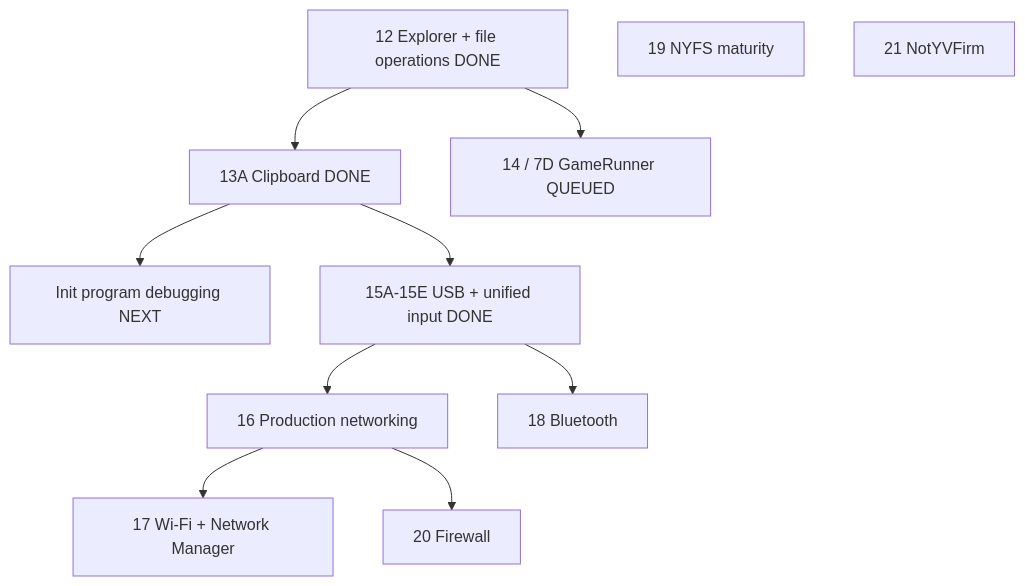
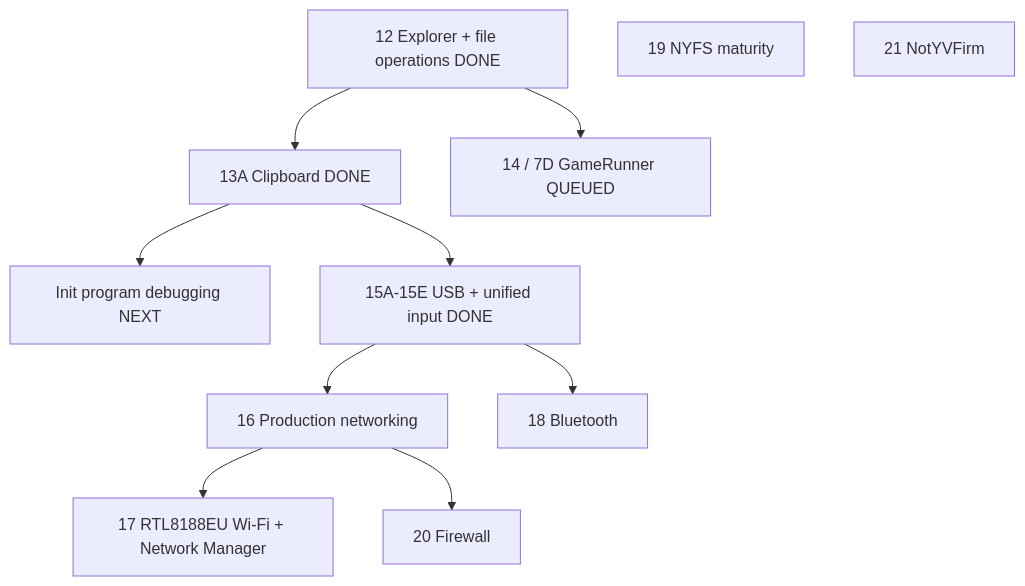
Diagram 47 of 48 in docs/data flow.md (NotY215/NotYVOS), drawn with Mermaid before and after one commit. The commit also changed other lines of this file, not shown here.

Commit message:
docs: add RTL8188EU firmware mapping

````diff
--- a/docs/data flow.md
+++ b/docs/data flow.md
@@ -760,13 +760,13 @@
 ```mermaid
 flowchart TD
     P12[12 Explorer + file operations DONE] --> P13A[13A Clipboard DONE]
     P12 --> P14[14 / 7D GameRunner QUEUED]
     P13A --> INIT[Init program debugging NEXT]
     P13A --> P15[15A-15E USB + unified input DONE]
     P15 --> P16[16 Production networking]
-    P16 --> P17[17 Wi-Fi + Network Manager]
+    P16 --> P17[17 RTL8188EU Wi-Fi + Network Manager]
     P15 --> P18[18 Bluetooth]
     P16 --> P20[20 Firewall]
     P19[19 NYFS maturity]
     P21[21 NotYVFirm]
 ```
````
